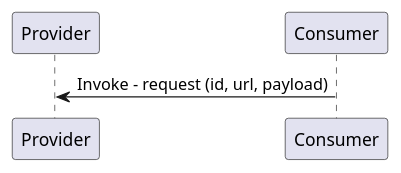
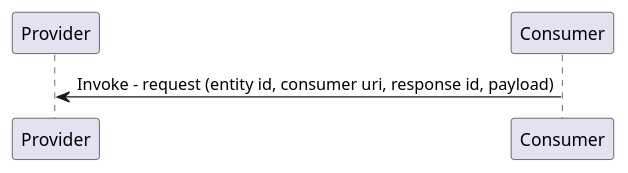
The diagram in docs/design/diagrams/invoke_sequence.puml (eclipse-ibeji/ibeji), drawn with PlantUML before and after one commit. The commit also changed 71 other files, not shown here.

```diff
--- a/docs/design/diagrams/invoke_sequence.puml
+++ b/docs/design/diagrams/invoke_sequence.puml
@@ -1,8 +1,8 @@
 @startuml
 
 participant "Provider"
 participant "Consumer"
 
-"Consumer" -> "Provider" : Invoke - request (id, url, payload)
+"Consumer" -> "Provider" : Invoke - request (entity id, consumer uri, response id, payload)
 
 @enduml
```
